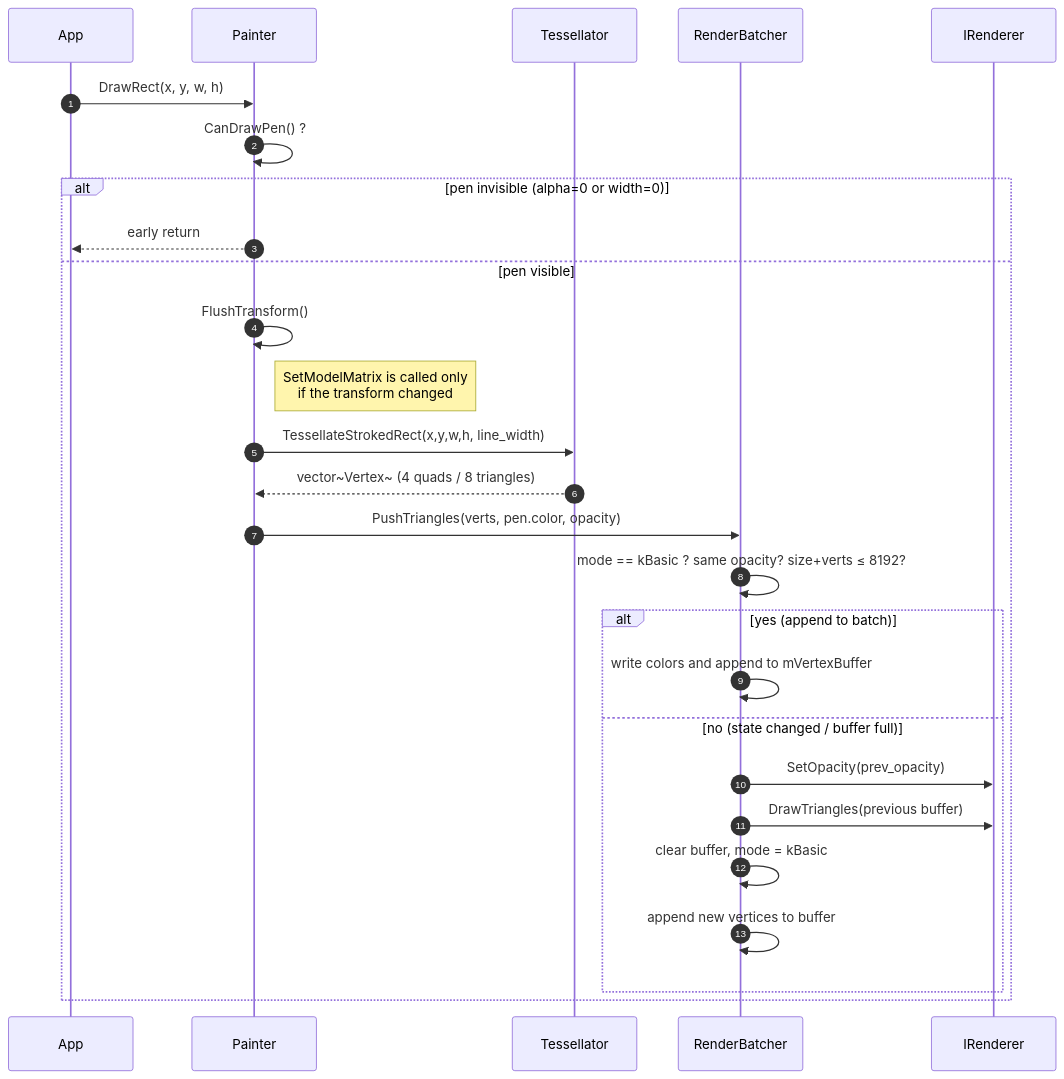
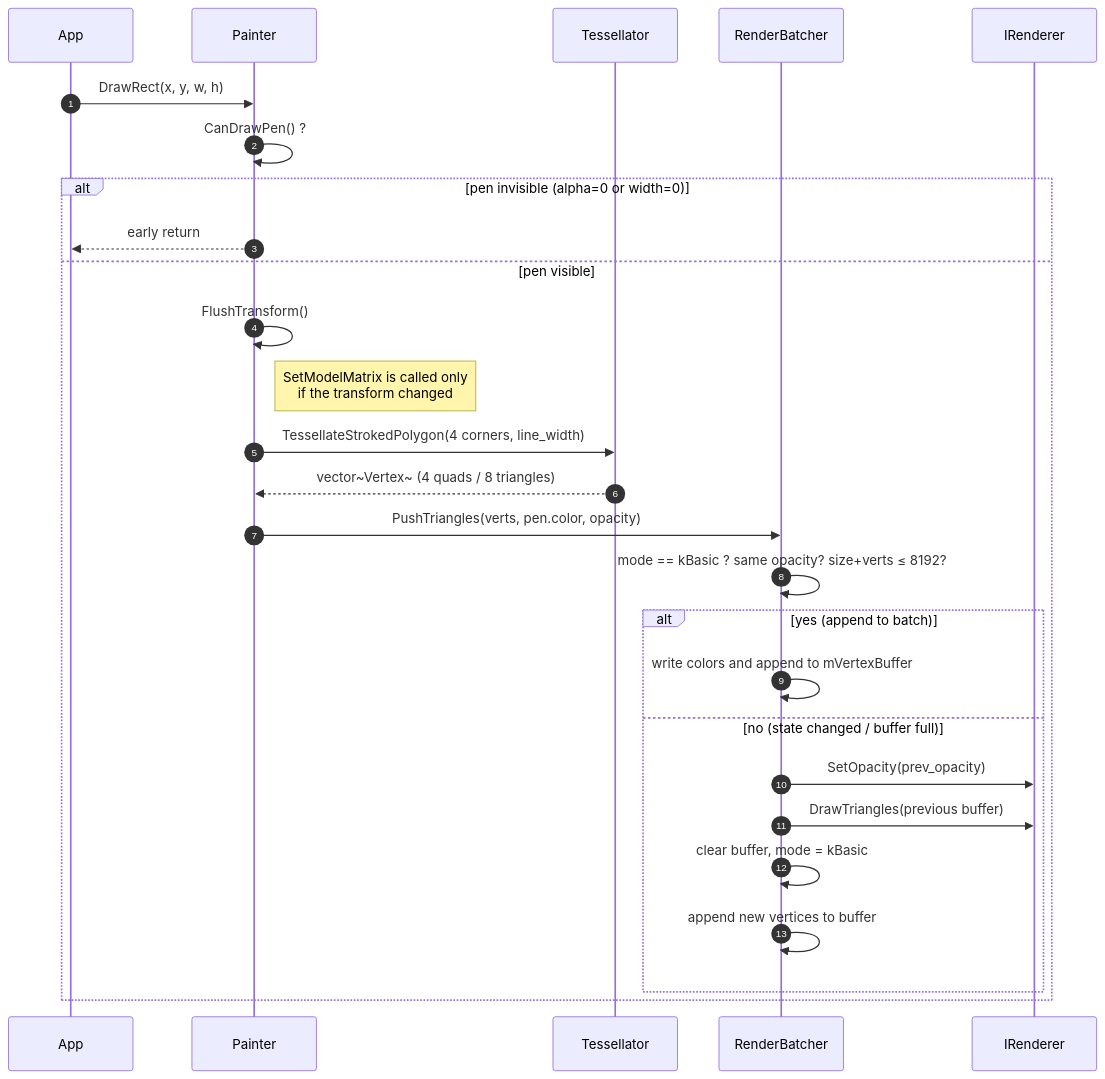
Before and after one commit to yazilimperver/sdl-painter: the second of 13 diagrams in doc/en/flows.md, drawn with Mermaid. The commit also changed 11 other files, not shown here.

````diff
--- a/doc/en/flows.md
+++ b/doc/en/flows.md
@@ -69,30 +69,30 @@
 ```mermaid
 sequenceDiagram
     autonumber
     participant App
     participant P as Painter
     participant T as Tessellator
     participant B as RenderBatcher
     participant R as IRenderer
 
     App->>P: DrawRect(x, y, w, h)
     P->>P: CanDrawPen() ?
     alt pen invisible (alpha=0 or width=0)
         P-->>App: early return
     else pen visible
         P->>P: FlushTransform()
         Note right of P: SetModelMatrix is called only<br/>if the transform changed
-        P->>T: TessellateStrokedRect(x,y,w,h, line_width)
+        P->>T: TessellateStrokedPolygon(4 corners, line_width)
         T-->>P: vector~Vertex~ (4 quads / 8 triangles)
         P->>B: PushTriangles(verts, pen.color, opacity)
         B->>B: mode == kBasic ? same opacity? size+verts ≤ 8192?
         alt yes (append to batch)
             B->>B: write colors and append to mVertexBuffer
         else no (state changed / buffer full)
             B->>R: SetOpacity(prev_opacity)
             B->>R: DrawTriangles(previous buffer)
             B->>B: clear buffer, mode = kBasic
             B->>B: append new vertices to buffer
         end
     end
 ```
````
